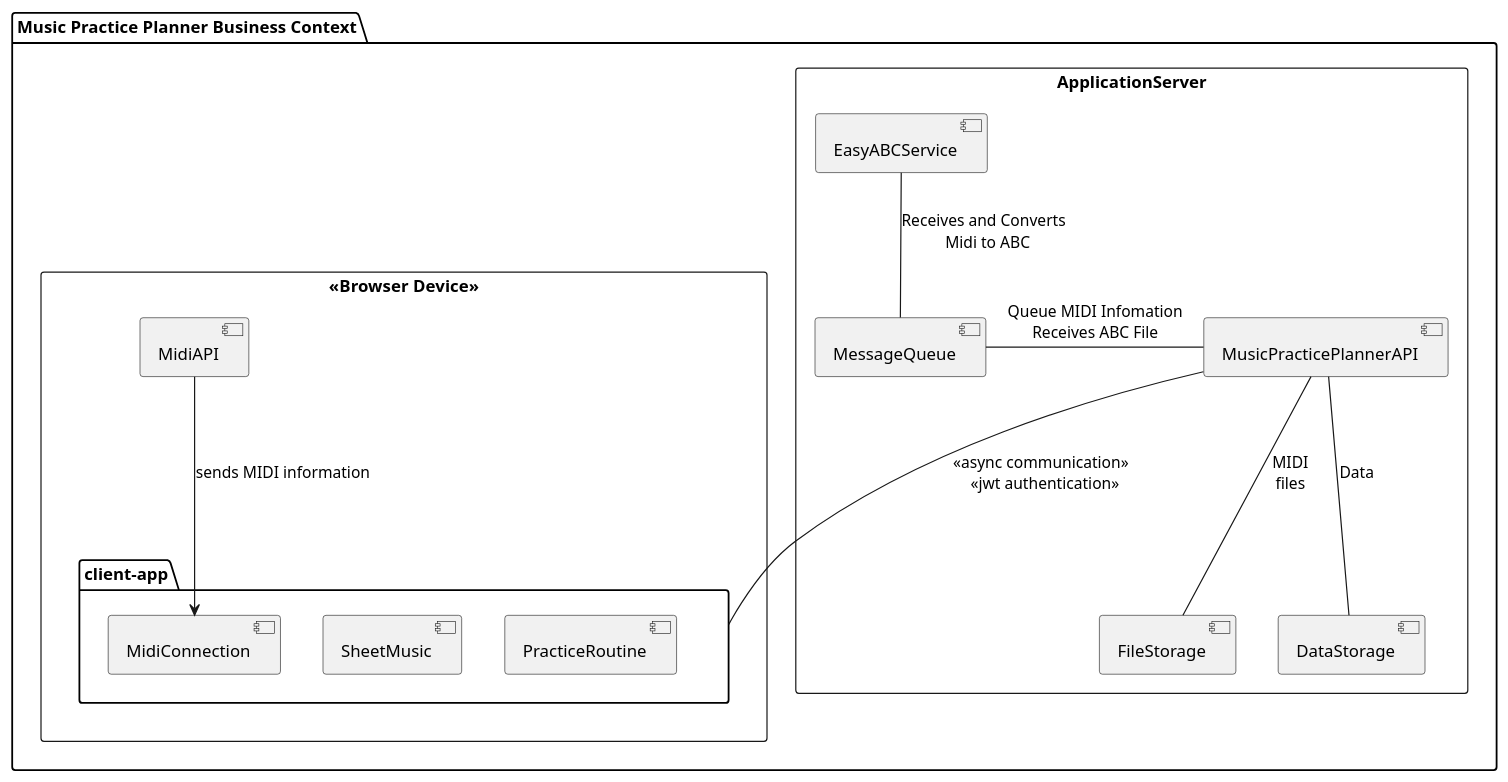
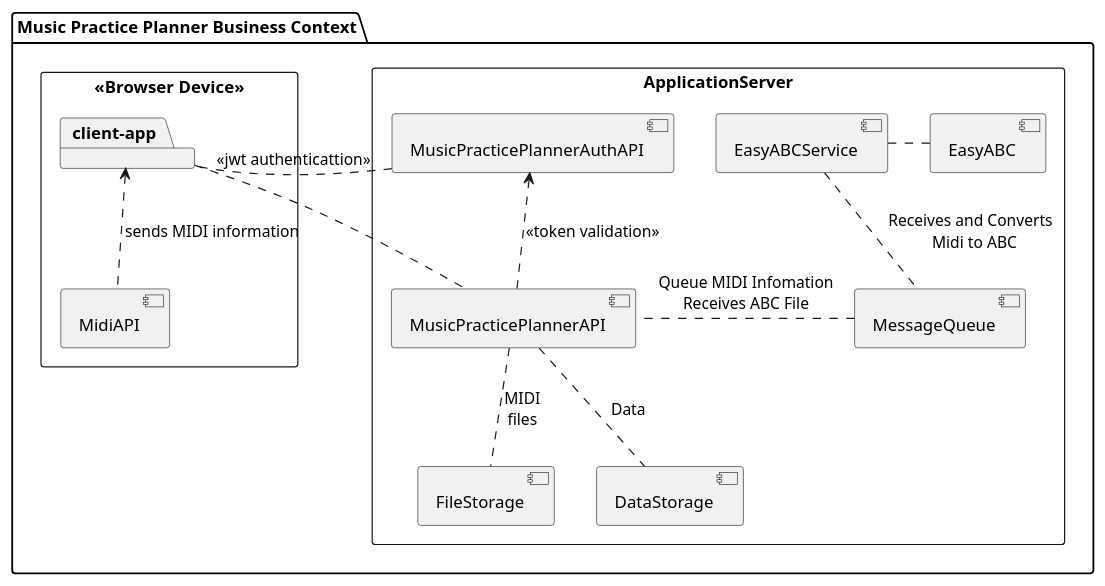
Before and after one commit to lelis718/MusicPracticePlanner: the second of 4 diagrams in docs/architecture.md, drawn with PlantUML. The commit also changed other lines of this file and 1 other file, not shown here.

Commit message:
Architecture definition

````diff
--- a/docs/architecture.md
+++ b/docs/architecture.md
@@ -133,35 +137,37 @@
 ```plantuml
 @startuml Technical Context
 
 package "Music Practice Planner Business Context" {
- 
 
- rectangle "ApplicationServer" {
+
+rectangle "ApplicationServer" {
+    [MusicPracticePlannerAuthAPI]
     [MusicPracticePlannerAPI]
     [EasyABCService]
+    [EasyABC]
     [MessageQueue]
     [FileStorage]
     [DataStorage]
-    EasyABCService -- MessageQueue : Receives and Converts \n Midi to ABC
-    MusicPracticePlannerAPI -left-- MessageQueue : Queue MIDI Infomation\nReceives ABC File
-    MusicPracticePlannerAPI -down-- DataStorage : Data
-    MusicPracticePlannerAPI -down-- FileStorage : MIDI\nfiles 
- }
+    EasyABCService -right. EasyABC
+    EasyABCService .. MessageQueue : Receives and Converts \n Midi to ABC
+    MusicPracticePlannerAPI -left. MessageQueue : Queue MIDI Infomation\nReceives ABC File
+    MusicPracticePlannerAPI -down. DataStorage : Data
+    MusicPracticePlannerAPI -down. FileStorage : MIDI\nfiles 
+}
 
 
 rectangle "<<Browser Device>>" {
     [MidiAPI]
     package client-app {
-        [PracticeRoutine]
-        [SheetMusic]
-        [MidiConnection]
     }
 
-    MidiAPI -down--> MidiConnection : sends MIDI information 
+    MidiAPI -u.> "client-app" : sends MIDI information 
 } 
+"client-app" -. MusicPracticePlannerAPI 
+"client-app" -l. MusicPracticePlannerAuthAPI : <<jwt authenticattion >>
+MusicPracticePlannerAPI -u.> MusicPracticePlannerAuthAPI : <<token validation>>
 
- "client-app" -up-- MusicPracticePlannerAPI : <<async communication>> \n <<jwt authentication>>
 }
 
 @enduml
 ```
````
